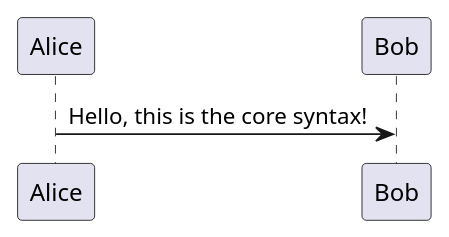
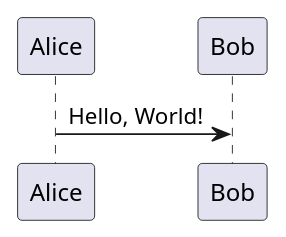
One commit to chaitu-ycr/notes changed the first of 2 diagrams in plantuml/readme.md. Above: the diagram before and after it, drawn with PlantUML. The commit also changed other lines of this file and 92 other files, not shown here.

Commit message:
feat: Add extensive examples and documentation for GitHub Actions, PlantUML, UDS, CAN, Jenkins, and Vector CAPL.

````diff
--- a/plantuml/readme.md
+++ b/plantuml/readme.md
@@ -32,7 +29,5 @@
 ```plantuml
 @startuml
-' Your diagram content goes here
-' This is a comment
-Alice -> Bob: Hello, this is the core syntax!
+Alice -> Bob: Hello, World!
 @enduml
 ```
````
